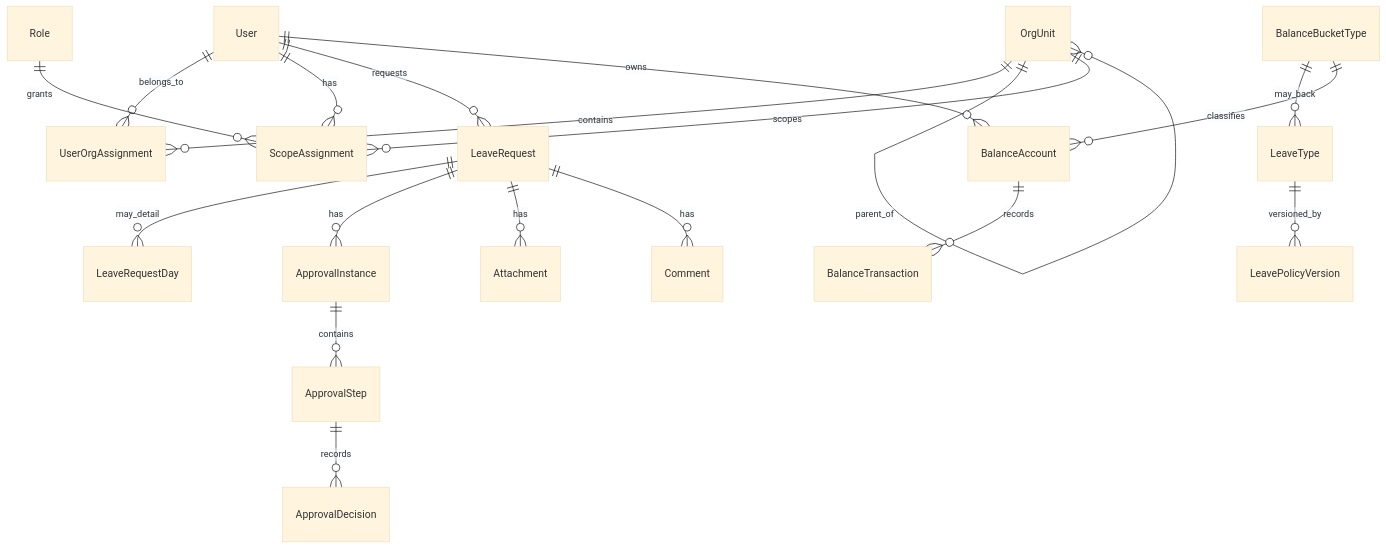
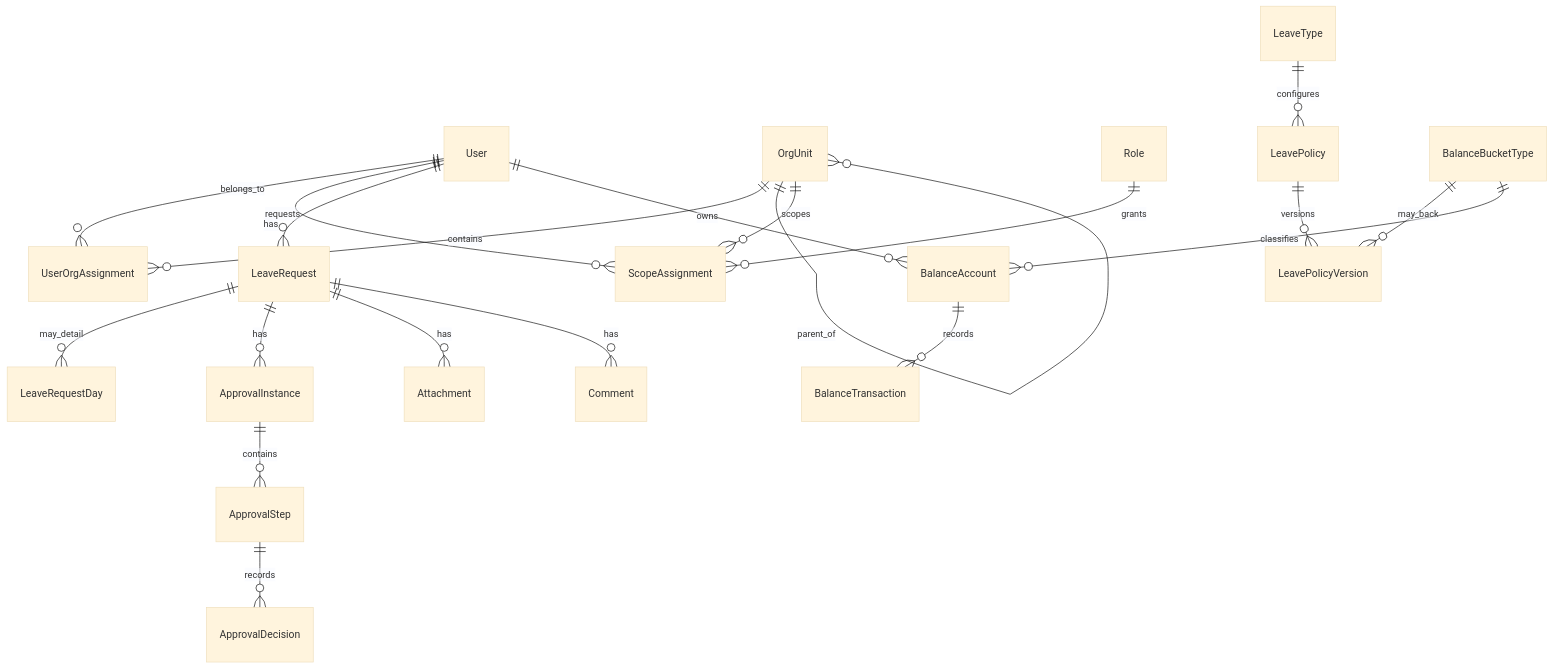
One commit to felipe-menini/vacation-management-system changed the diagram in docs/architecture/domain-model.md. Above: the diagram before and after it, drawn with Mermaid (base theme). The commit also changed other lines of this file and 26 other files, not shown here.

Commit message:
feat: add versioned leave policies

````diff
--- a/docs/architecture/domain-model.md
+++ b/docs/architecture/domain-model.md
@@ -7,21 +7,22 @@
 ```mermaid
 erDiagram
     User ||--o{ UserOrgAssignment : belongs_to
     OrgUnit ||--o{ UserOrgAssignment : contains
     OrgUnit ||--o{ OrgUnit : parent_of
     User ||--o{ ScopeAssignment : has
     Role ||--o{ ScopeAssignment : grants
     OrgUnit ||--o{ ScopeAssignment : scopes
-    LeaveType ||--o{ LeavePolicyVersion : versioned_by
-    BalanceBucketType ||--o{ LeaveType : may_back
+    LeaveType ||--o{ LeavePolicy : configures
+    LeavePolicy ||--o{ LeavePolicyVersion : versions
+    BalanceBucketType ||--o{ LeavePolicyVersion : may_back
     User ||--o{ LeaveRequest : requests
     LeaveRequest ||--o{ LeaveRequestDay : may_detail
     LeaveRequest ||--o{ ApprovalInstance : has
     ApprovalInstance ||--o{ ApprovalStep : contains
     ApprovalStep ||--o{ ApprovalDecision : records
     User ||--o{ BalanceAccount : owns
     BalanceBucketType ||--o{ BalanceAccount : classifies
     BalanceAccount ||--o{ BalanceTransaction : records
     LeaveRequest ||--o{ Attachment : has
     LeaveRequest ||--o{ Comment : has
 ```
````
